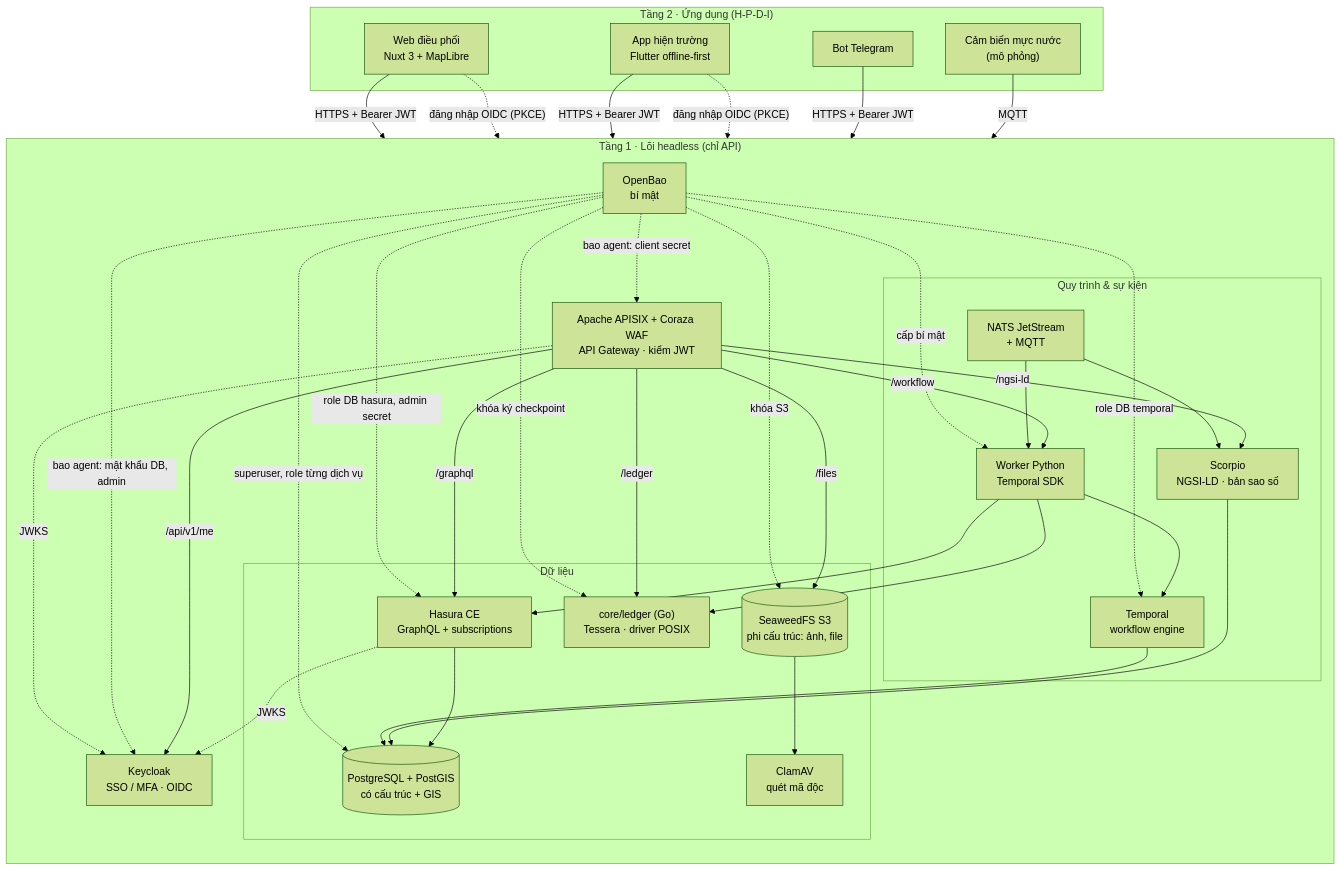
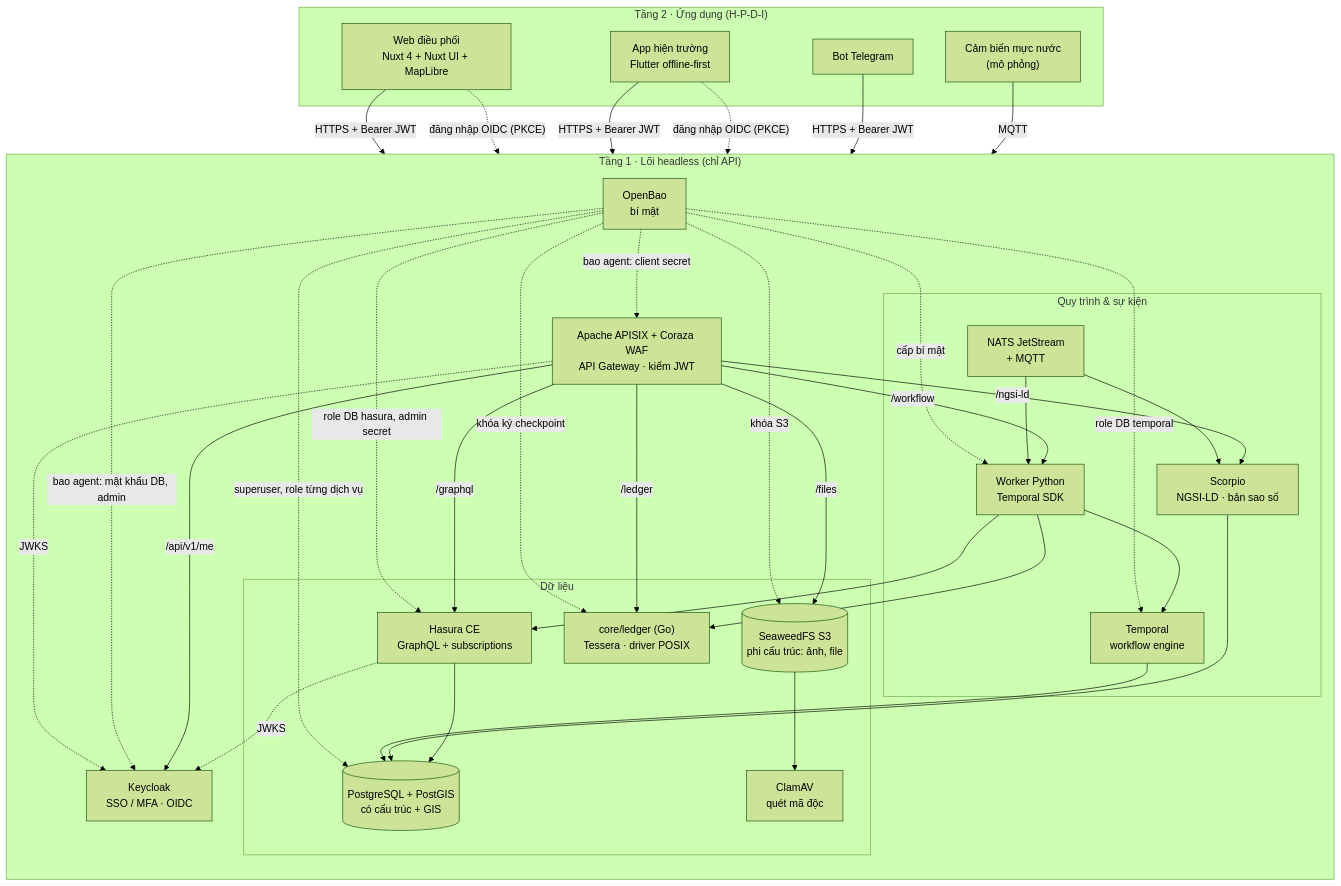
Before and after one commit to disaster-dxos/disaster-dxos: the first of 16 diagrams in docs/architecture.md, drawn with Mermaid (forest theme). The commit also changed 47 other files, not shown here.

First line of the commit message:
feat(web): nền giao diện Nuxt UI, nâng Nuxt 4, theme nhận diện, chế độ tối, khung có thanh bên (#77)

````diff
--- a/docs/architecture.md
+++ b/docs/architecture.md
@@ -16,62 +16,62 @@
 ```mermaid
 flowchart TB
   subgraph T2["Tầng 2 · Ứng dụng (H-P-D-I)"]
-    WEB["Web điều phối<br/>Nuxt 3 + MapLibre"]
+    WEB["Web điều phối<br/>Nuxt 4 + Nuxt UI + MapLibre"]
     APP["App hiện trường<br/>Flutter offline-first"]
     BOT["Bot Telegram"]
     SENSOR["Cảm biến mực nước<br/>(mô phỏng)"]
   end
 
   subgraph T1["Tầng 1 · Lõi headless (chỉ API)"]
     direction TB
     GW["Apache APISIX + Coraza WAF<br/>API Gateway · kiểm JWT"]
     KC["Keycloak<br/>SSO / MFA · OIDC"]
     BAO["OpenBao<br/>bí mật"]
 
     subgraph DATA["Dữ liệu"]
       PG[("PostgreSQL + PostGIS<br/>có cấu trúc + GIS")]
       HS["Hasura CE<br/>GraphQL + subscriptions"]
       SW[("SeaweedFS S3<br/>phi cấu trúc: ảnh, file")]
       AV["ClamAV<br/>quét mã độc"]
       TL["core/ledger (Go)<br/>Tessera · driver POSIX"]
     end
 
     subgraph FLOW["Quy trình & sự kiện"]
       TP["Temporal<br/>workflow engine"]
       WK["Worker Python<br/>Temporal SDK"]
       NATS["NATS JetStream<br/>+ MQTT"]
       SC["Scorpio<br/>NGSI-LD · bản sao số"]
     end
   end
 
   WEB & APP & BOT -->|"HTTPS + Bearer JWT"| GW
   WEB & APP -.->|"đăng nhập OIDC (PKCE)"| KC
   SENSOR -->|"MQTT"| NATS
 
   GW -->|"/api/v1/me"| KC
   GW -->|"/graphql"| HS
   GW -->|"/files"| SW
   GW -->|"/workflow"| WK
   GW -->|"/ngsi-ld"| SC
   GW -->|"/ledger"| TL
 
   HS --> PG
   SC --> PG
   TP --> PG
   WK --> TP
   WK --> HS
   WK --> TL
   SW --> AV
   NATS --> WK
   NATS --> SC
   BAO -.->|"bao agent: mật khẩu DB, admin"| KC
   BAO -.->|"bao agent: client secret"| GW
   BAO -.->|"cấp bí mật"| WK
   BAO -.->|"role DB hasura, admin secret"| HS
   BAO -.->|"superuser, role từng dịch vụ"| PG
   BAO -.->|"role DB temporal"| TP
   BAO -.->|"khóa S3"| SW
   BAO -.->|"khóa ký checkpoint"| TL
   GW -.->|"JWKS"| KC
   HS -.->|"JWKS"| KC
 ```
````
